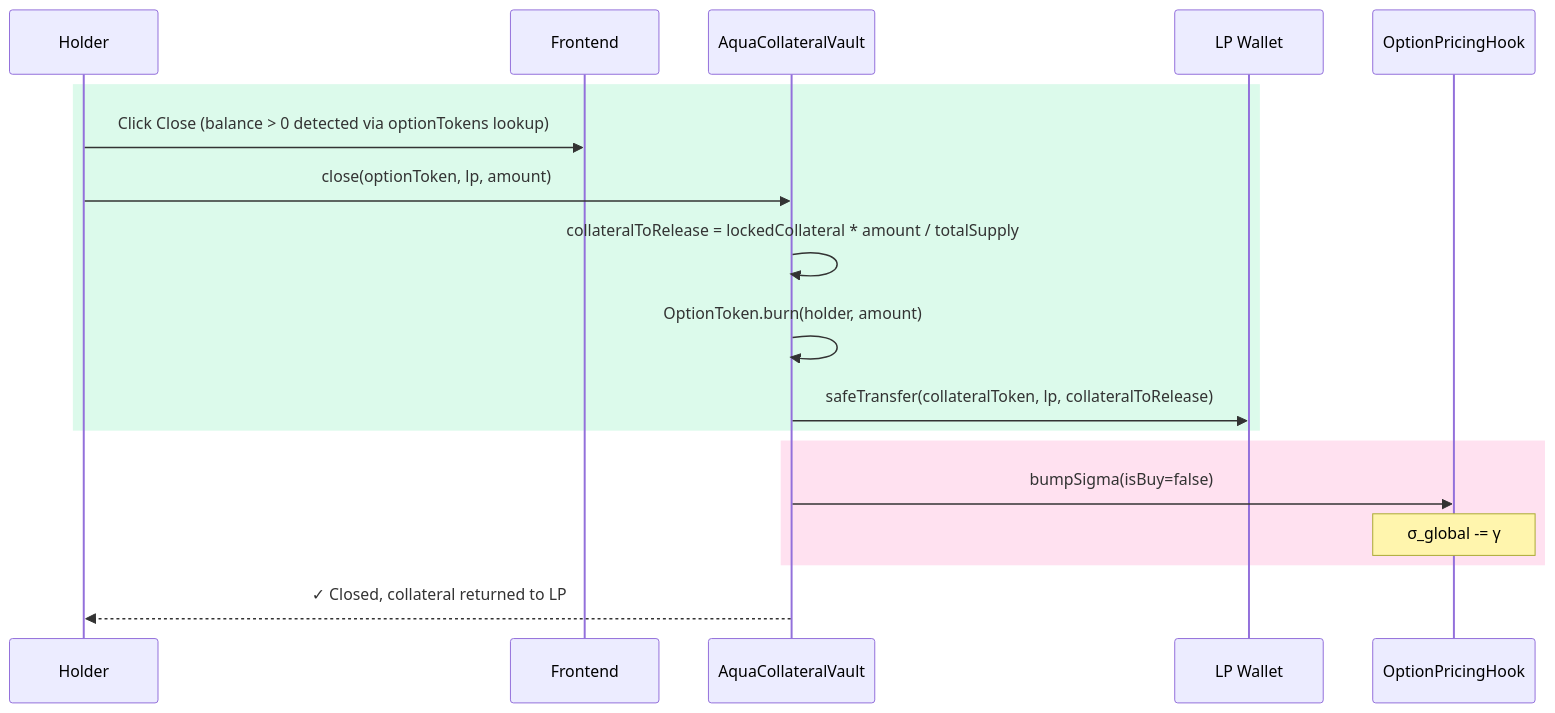
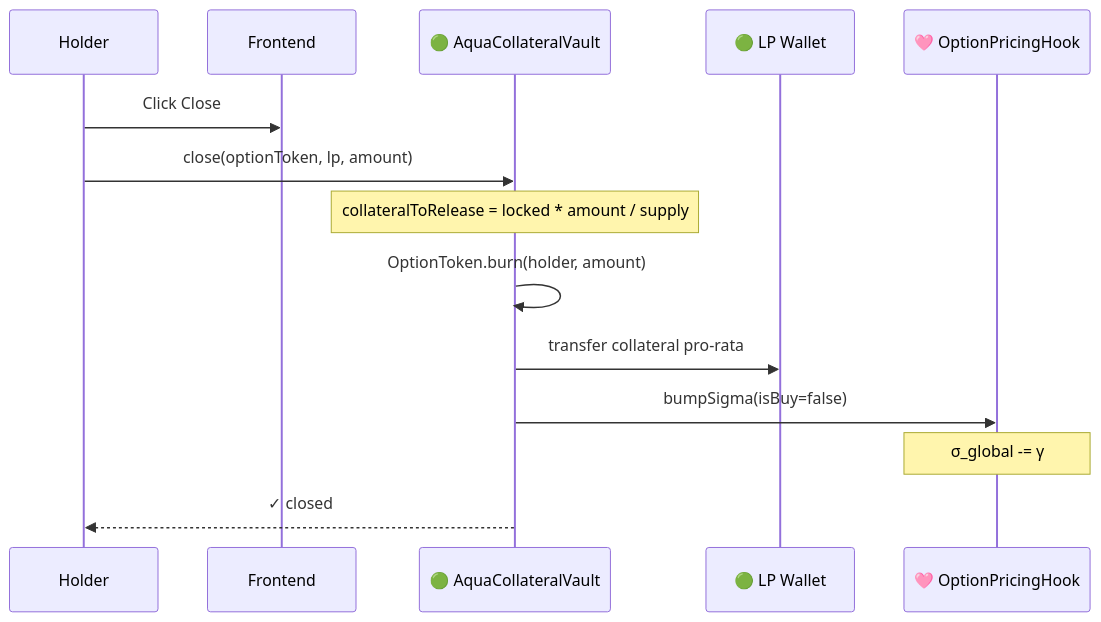
The fourth of 7 diagrams in README.md (oslinin/Smile), drawn with Mermaid before and after one commit. The commit also changed other lines of this file and 2 other files, not shown here.

First line of the commit message:
Polish README diagrams and collateralization docs

````diff
--- a/README.md
+++ b/README.md
@@ -179,21 +178,17 @@
 ```mermaid
 sequenceDiagram
     participant Holder
     participant Frontend
-    participant Vault as AquaCollateralVault
-    participant LP as LP Wallet
-    participant Hook as OptionPricingHook
+    participant Vault as 🟢 AquaCollateralVault
+    participant LP as 🟢 LP Wallet
+    participant Hook as 🩷 OptionPricingHook
 
-    rect rgb(220, 250, 235)
-    Holder->>Frontend: Click Close (balance > 0 detected via optionTokens lookup)
+    Holder->>Frontend: Click Close
     Holder->>Vault: close(optionToken, lp, amount)
-    Vault->>Vault: collateralToRelease = lockedCollateral * amount / totalSupply
+    Note over Vault: collateralToRelease = locked * amount / supply
     Vault->>Vault: OptionToken.burn(holder, amount)
-    Vault->>LP: safeTransfer(collateralToken, lp, collateralToRelease)
-    end
-    rect rgb(255, 225, 240)
+    Vault->>LP: transfer collateral pro-rata
     Vault->>Hook: bumpSigma(isBuy=false)
     Note over Hook: σ_global -= γ
-    end
-    Vault-->>Holder: ✓ Closed, collateral returned to LP
+    Vault-->>Holder: ✓ closed
 ```
````
